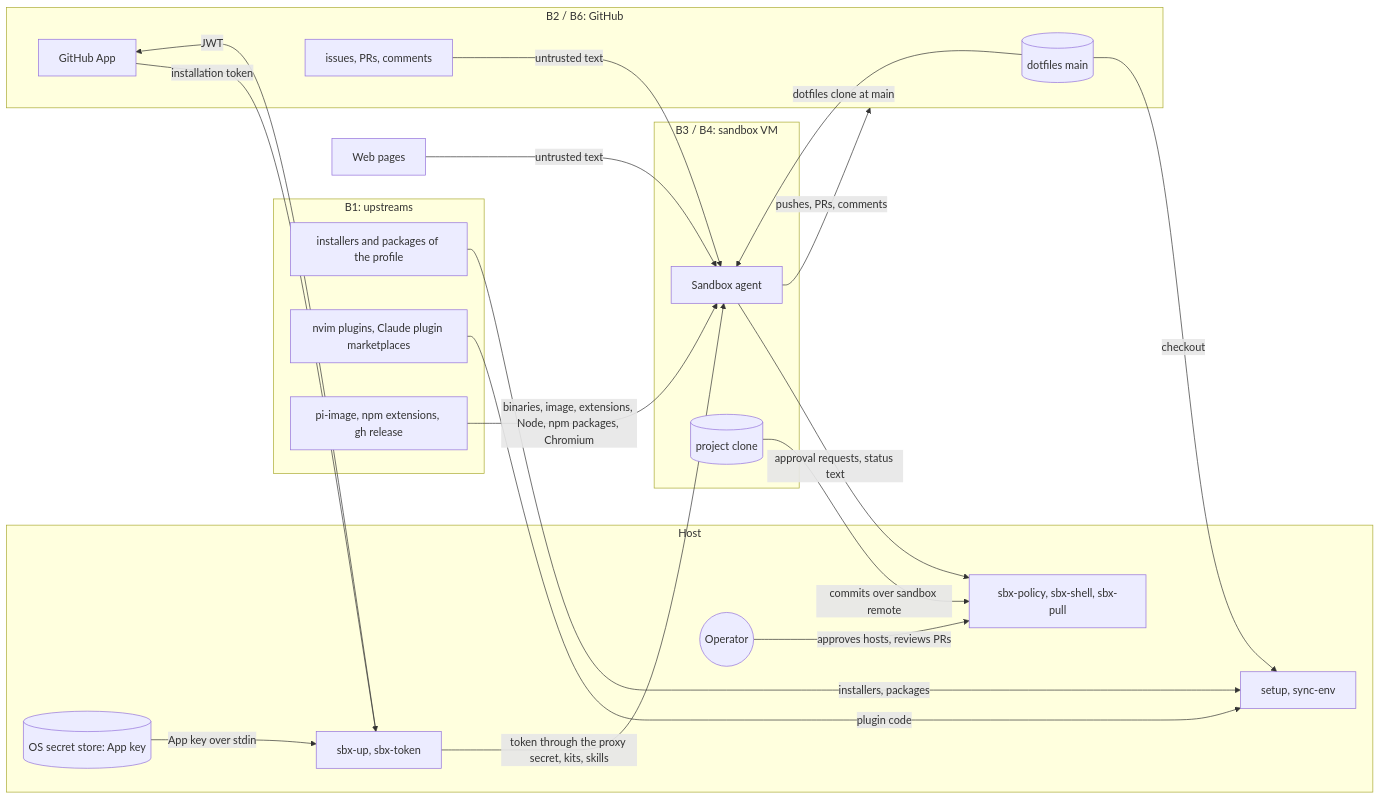
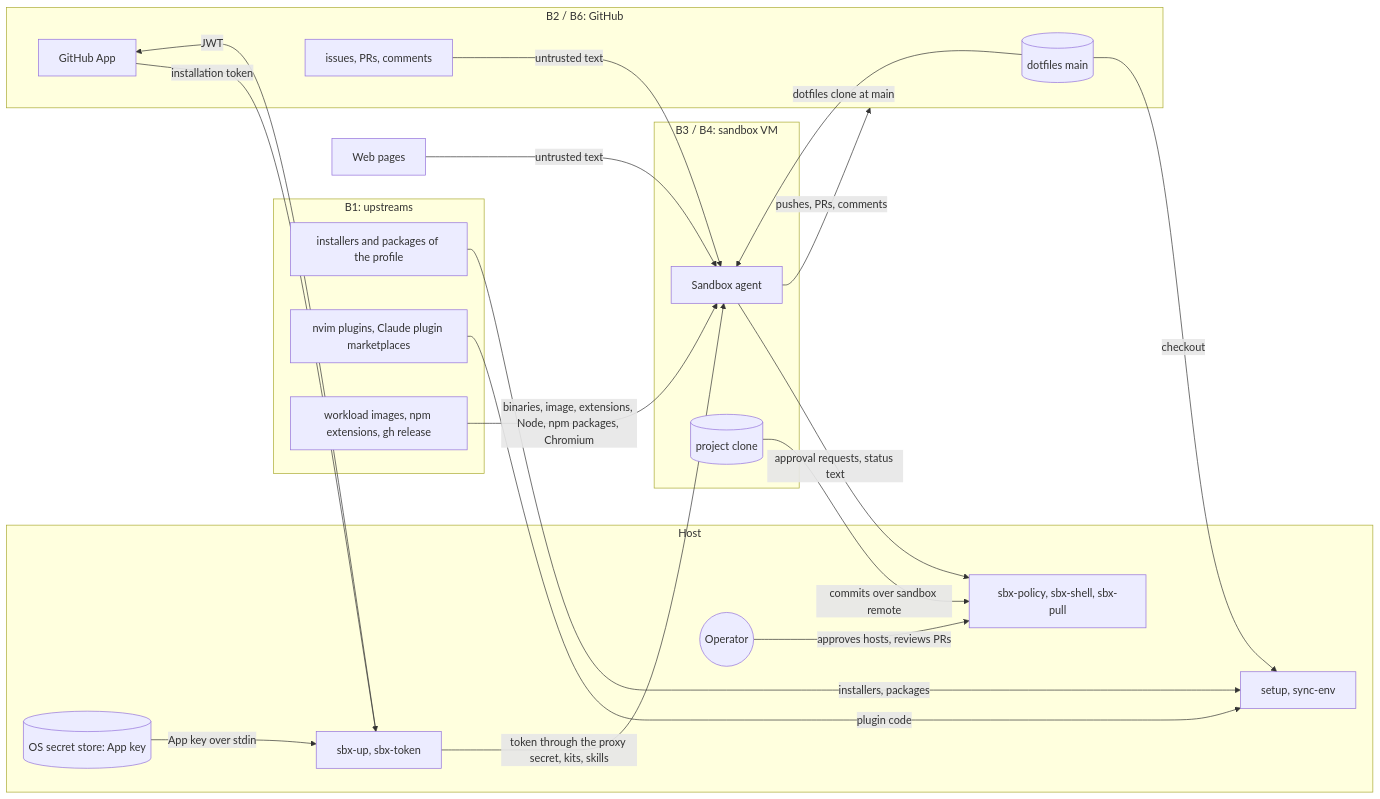
One commit to domtriola/dotfiles changed the diagram in docs/threat-model/product.md. Above: the diagram before and after it, drawn with Mermaid. The commit also changed other lines of this file and 41 other files, not shown here.

````diff
--- a/docs/threat-model/product.md
+++ b/docs/threat-model/product.md
@@ -94,41 +97,41 @@
 ```mermaid
 flowchart LR
   subgraph Internet["B1: upstreams"]
     brew[installers and packages of the profile]
     plugins[nvim plugins, Claude plugin marketplaces]
-    image[pi-image, npm extensions, gh release]
+    image[workload images, npm extensions, gh release]
   end
   subgraph GitHub["B2 / B6: GitHub"]
     main[(dotfiles main)]
     issues[issues, PRs, comments]
     app[GitHub App]
   end
   subgraph Host["Host"]
     op((Operator))
     setup[setup, sync-env]
     sbxup[sbx-up, sbx-token]
     keychain[(OS secret store: App key)]
     policy[sbx-policy, sbx-shell, sbx-pull]
   end
   subgraph Sandbox["B3 / B4: sandbox VM"]
     agent[Sandbox agent]
     clone[(project clone)]
   end
   web[Web pages]
 
   brew -- installers, packages --> setup
   plugins -- plugin code --> setup
   main -- checkout --> setup
   keychain -- App key over stdin --> sbxup
   sbxup -- JWT --> app
   app -- installation token --> sbxup
   sbxup -- token through the proxy secret, kits, skills --> agent
   main -- dotfiles clone at main --> agent
   image -- binaries, image, extensions, Node, npm packages, Chromium --> agent
   issues -- untrusted text --> agent
   web -- untrusted text --> agent
   agent -- pushes, PRs, comments --> GitHub
   agent -- approval requests, status text --> policy
   clone -- commits over sandbox remote --> policy
   op -- approves hosts, reviews PRs --> policy
 ```
````
